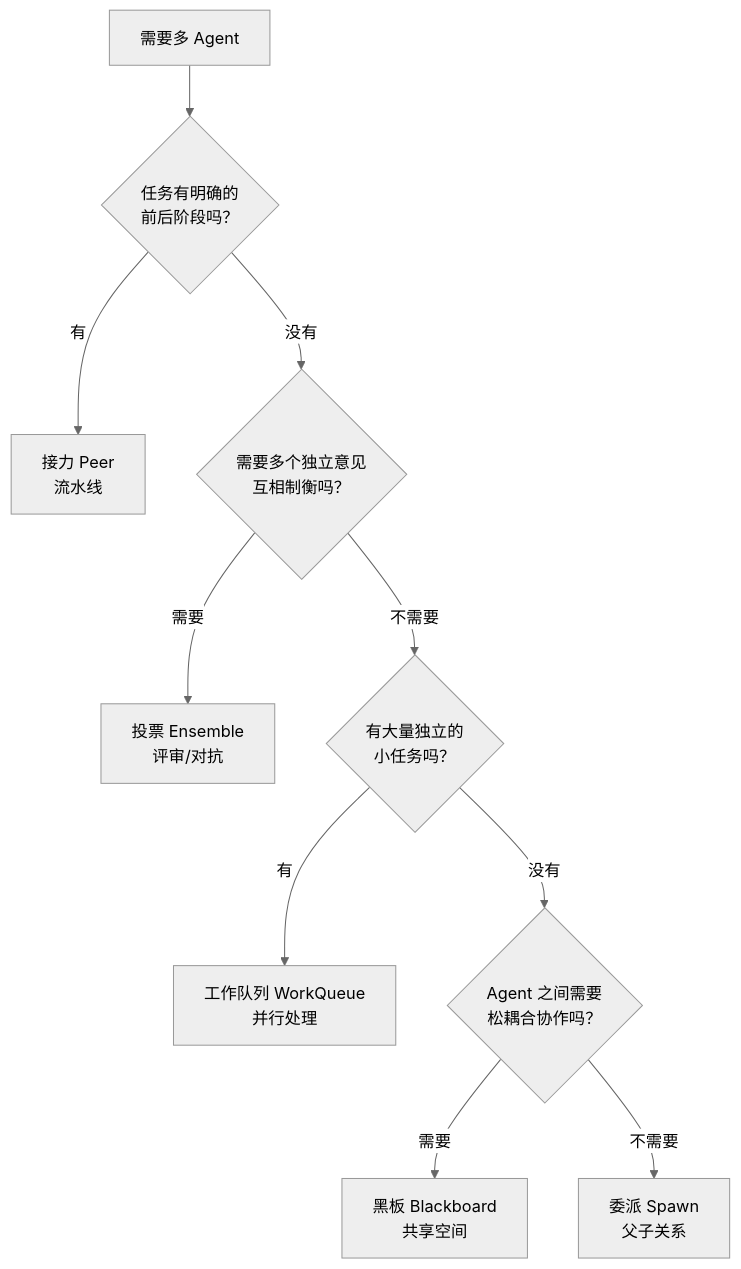
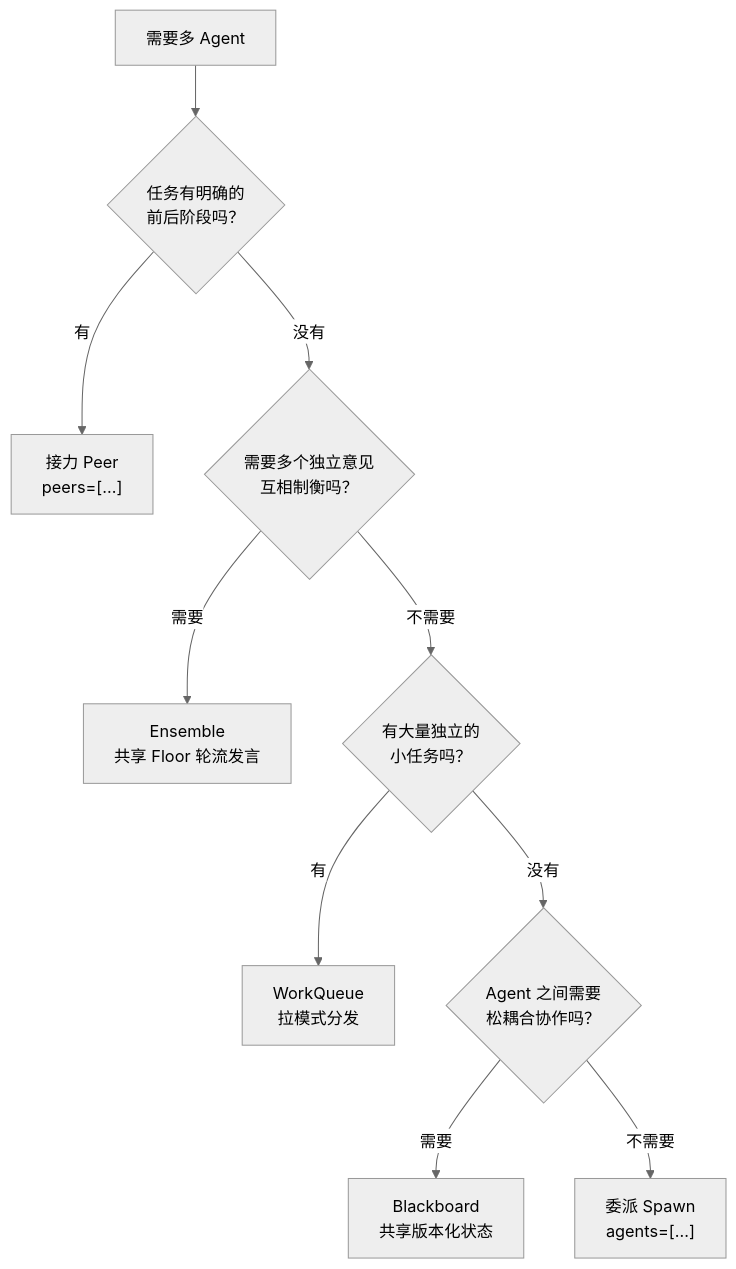
The fifth of 5 diagrams in docs/tour/07-multiagent.md (limenagent/prodagent), drawn with Mermaid (neutral theme) before and after one commit. The commit also changed other lines of this file and 28 other files, not shown here.

````diff
--- a/docs/tour/07-multiagent.md
+++ b/docs/tour/07-multiagent.md
@@ -267,12 +384,12 @@
 ```mermaid
 graph TD
     START["需要多 Agent"] --> Q1{"任务有明确的<br/>前后阶段吗？"}
-    Q1 -->|有| PEER["接力 Peer<br/>流水线"]
+    Q1 -->|有| PEER["接力 Peer<br/>peers=[...]"]
     Q1 -->|没有| Q2{"需要多个独立意见<br/>互相制衡吗？"}
-    Q2 -->|需要| ENSEMBLE["投票 Ensemble<br/>评审/对抗"]
+    Q2 -->|需要| ENSEMBLE["Ensemble<br/>共享 Floor 轮流发言"]
     Q2 -->|不需要| Q3{"有大量独立的<br/>小任务吗？"}
-    Q3 -->|有| QUEUE["工作队列 WorkQueue<br/>并行处理"]
+    Q3 -->|有| QUEUE["WorkQueue<br/>拉模式分发"]
     Q3 -->|没有| Q4{"Agent 之间需要<br/>松耦合协作吗？"}
-    Q4 -->|需要| BOARD["黑板 Blackboard<br/>共享空间"]
-    Q4 -->|不需要| SPAWN["委派 Spawn<br/>父子关系"]
+    Q4 -->|需要| BOARD["Blackboard<br/>共享版本化状态"]
+    Q4 -->|不需要| SPAWN["委派 Spawn<br/>agents=[...]"]
 ```
````
